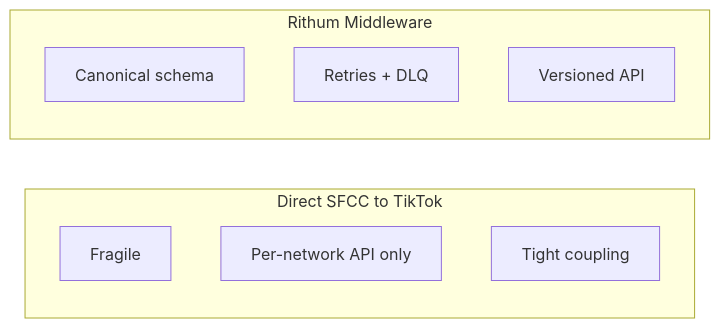
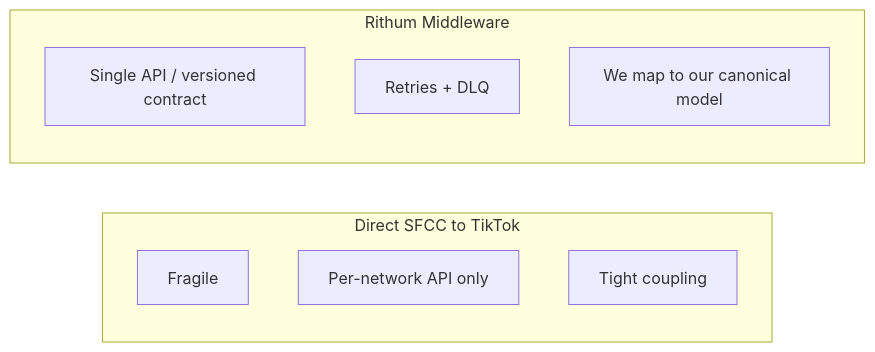
The second of 11 diagrams in presentation.md (alienfacepalm/columbia-social-order-use-case), drawn with Mermaid before and after one commit. The commit also changed other lines of this file and 10 other files, not shown here.

First line of the commit message:
Speaker timer, layout, and diagram fixes

````diff
--- a/presentation.md
+++ b/presentation.md
@@ -110,13 +111,13 @@
 ```mermaid
 flowchart LR
     subgraph direct["Direct SFCC to TikTok"]
         D1[Fragile]
         D2["Per-network API only"]
         D3[Tight coupling]
     end
     subgraph rithum["Rithum Middleware"]
-        R1["Canonical schema"]
+        R1["Single API / versioned contract"]
         R2["Retries + DLQ"]
-        R3["Versioned API"]
+        R3["We map to our canonical model"]
     end
 ```
````
